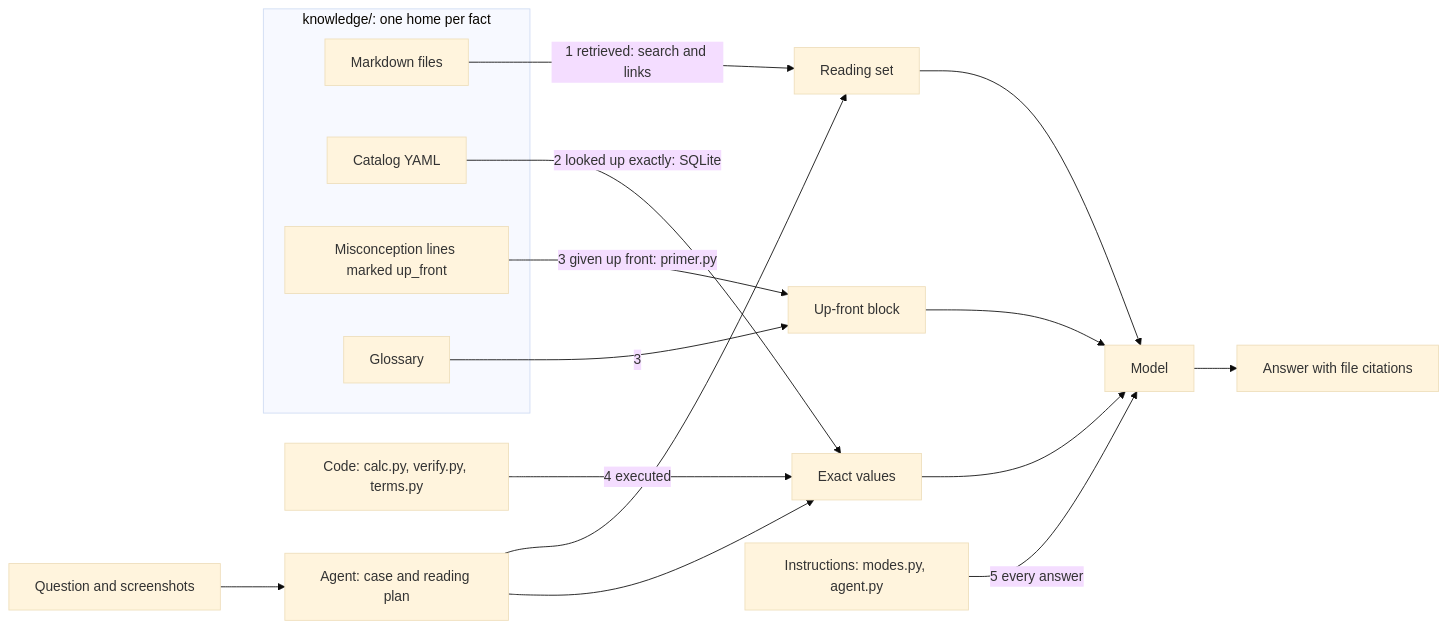
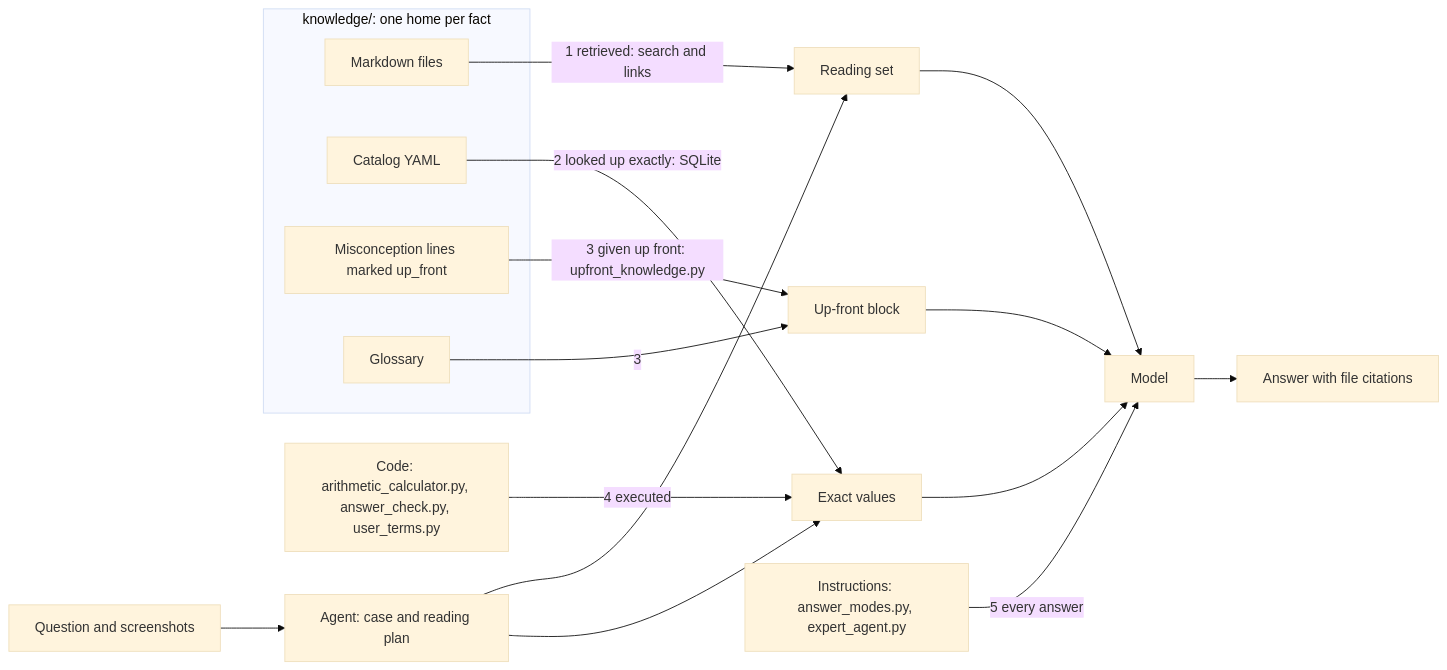
The second of 4 diagrams in KNOWLEDGE-ENGINEERING.md (e1-rahabok/agent-e2), drawn with Mermaid (base theme) before and after one commit. The commit also changed other lines of this file and 242 other files, not shown here.

````diff
--- a/KNOWLEDGE-ENGINEERING.md
+++ b/KNOWLEDGE-ENGINEERING.md
@@ -91,22 +91,22 @@
 ```mermaid
 flowchart LR
   Q[Question and screenshots] --> AG[Agent: case and reading plan]
   subgraph KB["knowledge/: one home per fact"]
     MD[Markdown files]
     CAT[Catalog YAML]
     UPL[Misconception lines marked up_front]
     GL[Glossary]
   end
   MD -->|1 retrieved: search and links| RS[Reading set]
   CAT -->|2 looked up exactly: SQLite| EX[Exact values]
-  UPL -->|3 given up front: primer.py| UP[Up-front block]
+  UPL -->|3 given up front: upfront_knowledge.py| UP[Up-front block]
   GL -->|3| UP
-  CODE["Code: calc.py, verify.py, terms.py"] -->|4 executed| EX
-  RULES["Instructions: modes.py, agent.py"] -->|5 every answer| M
+  CODE["Code: arithmetic_calculator.py, answer_check.py, user_terms.py"] -->|4 executed| EX
+  RULES["Instructions: answer_modes.py, expert_agent.py"] -->|5 every answer| M
   AG --> RS
   AG --> EX
   RS --> M[Model]
   EX --> M
   UP --> M
   M --> ANS[Answer with file citations]
 ```
````
